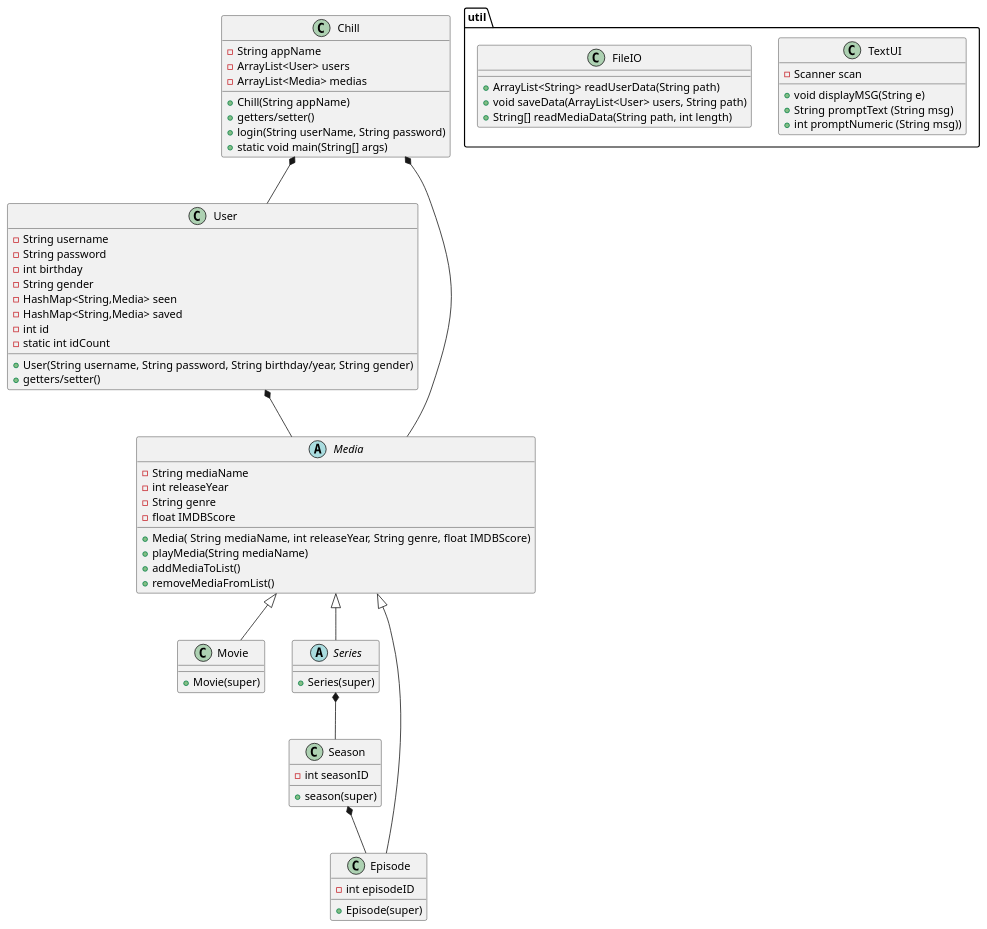
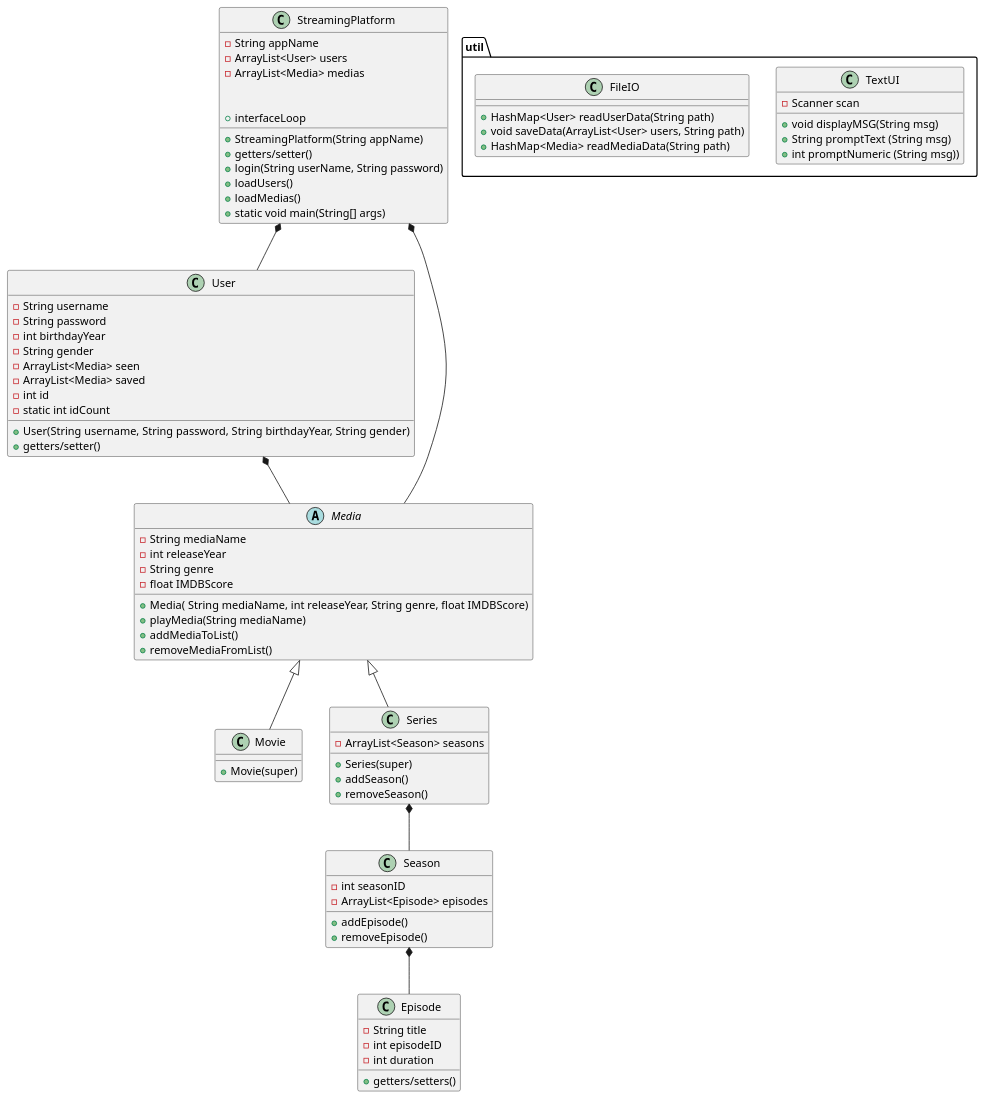
The diagram in out/production/SP3/doc/classdiagram.puml (niki03125/SP3), drawn with PlantUML before and after one commit. The commit also changed 3 other files, not shown here.

Commit message:
FileIO HashMap commit

```diff
--- a/out/production/SP3/doc/classdiagram.puml
+++ b/out/production/SP3/doc/classdiagram.puml
@@ -1,89 +1,99 @@
 @startuml
 
-class Chill{
+class StreamingPlatform{
 - String appName
 - ArrayList<User> users
 - ArrayList<Media> medias
-+ Chill(String appName)
++ StreamingPlatform(String appName)
 
 
 + getters/setter()
 + login(String userName, String password)
++ loadUsers()
++ loadMedias()
++ interfaceLoop
 + static void main(String[] args)
 }
 
 class User{
 - String username
 - String password
-- int birthday
+- int birthdayYear
 - String gender
-- HashMap<String,Media> seen
-- HashMap<String,Media> saved
+- ArrayList<Media> seen
+- ArrayList<Media> saved
 - int id
 - static int idCount
 
-+ User(String username, String password, String birthday/year, String gender)
++ User(String username, String password, String birthdayYear, String gender)
 + getters/setter()
 
 }
 
 package "util"{
 
 class TextUI{
 - Scanner scan
 
-+ void displayMSG(String e)
++ void displayMSG(String msg)
 + String promptText (String msg)
 + int promptNumeric (String msg))
 }
 
 class FileIO{
-+ ArrayList<String> readUserData(String path)
++ HashMap<User> readUserData(String path)
 + void saveData(ArrayList<User> users, String path)
-+ String[] readMediaData(String path, int length)
++ HashMap<Media> readMediaData(String path)
 }
 
 }
 
 abstract class Media{
 - String mediaName
 - int releaseYear
 - String genre
 - float IMDBScore
 
 + Media( String mediaName, int releaseYear, String genre, float IMDBScore)
 + playMedia(String mediaName)
 + addMediaToList()
 + removeMediaFromList()
 }
 
 class Movie extends Media{
 + Movie(super)
 }
 
-abstract class Series extends Media{
+class Series extends Media{
+- ArrayList<Season> seasons
 + Series(super)
++ addSeason()
++ removeSeason()
 }
 
 class Season{
 - int seasonID
-+ season(super)
+- ArrayList<Episode> episodes
++ addEpisode()
++ removeEpisode()
 }
 
-class Episode extends Media{
--int episodeID
-+ Episode(super)
+class Episode{
+- String title
+- int episodeID
+- int duration
++ getters/setters()
 }
 
-Chill *-- Media
+StreamingPlatform *-- Media
 
 User *-- Media
 
-Chill *-- User
+StreamingPlatform *-- User
 
 Series *-- Season
 
 Season *-- Episode
 
 
 @enduml
```
